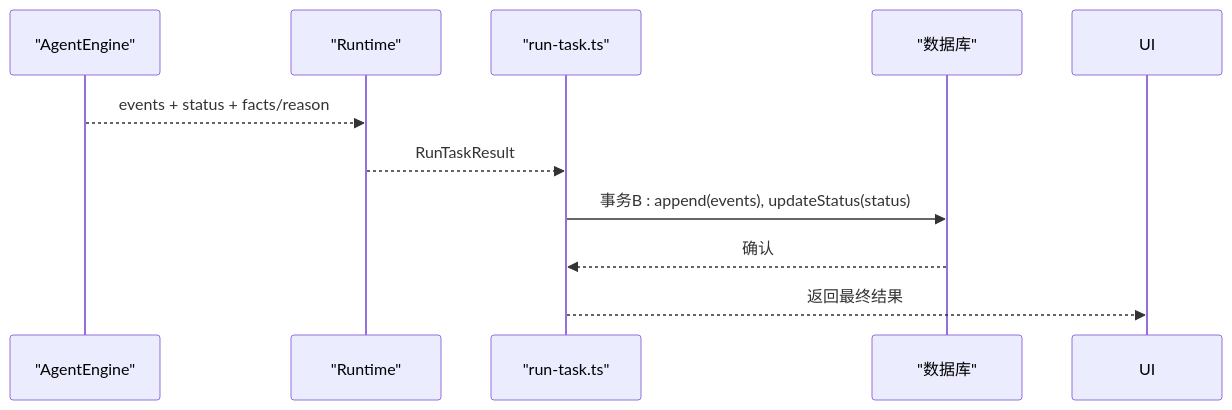
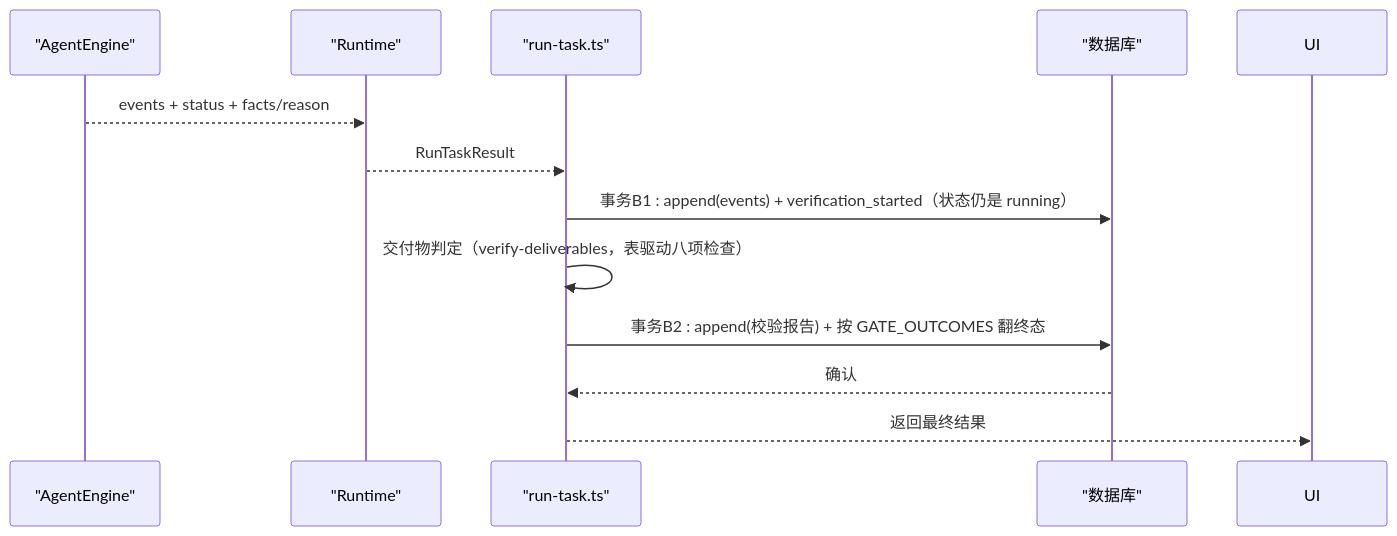
One commit to Azusa010/personal-agent changed the sixth of 8 diagrams in .repowiki/zh/content/AI 运行时/任务执行引擎.md. Above: the diagram before and after it, drawn with Mermaid. The commit also changed other lines of this file and 23 other files, not shown here.

````diff
--- a/.repowiki/zh/content/AI 运行时/任务执行引擎.md
+++ b/.repowiki/zh/content/AI 运行时/任务执行引擎.md
@@ -267,12 +269,14 @@
 ```mermaid
 sequenceDiagram
 participant Eng as "AgentEngine"
 participant RT as "Runtime"
 participant Main as "run-task.ts"
 participant DB as "数据库"
 Eng-->>RT : events + status + facts/reason
 RT-->>Main : RunTaskResult
-Main->>DB : 事务B : append(events), updateStatus(status)
+Main->>DB : 事务B1 : append(events) + verification_started（状态仍是 running）
+Main->>Main : 交付物判定（verify-deliverables，表驱动八项检查）
+Main->>DB : 事务B2 : append(校验报告) + 按 GATE_OUTCOMES 翻终态
 DB-->>Main : 确认
 Main-->>UI : 返回最终结果
 ```
````
